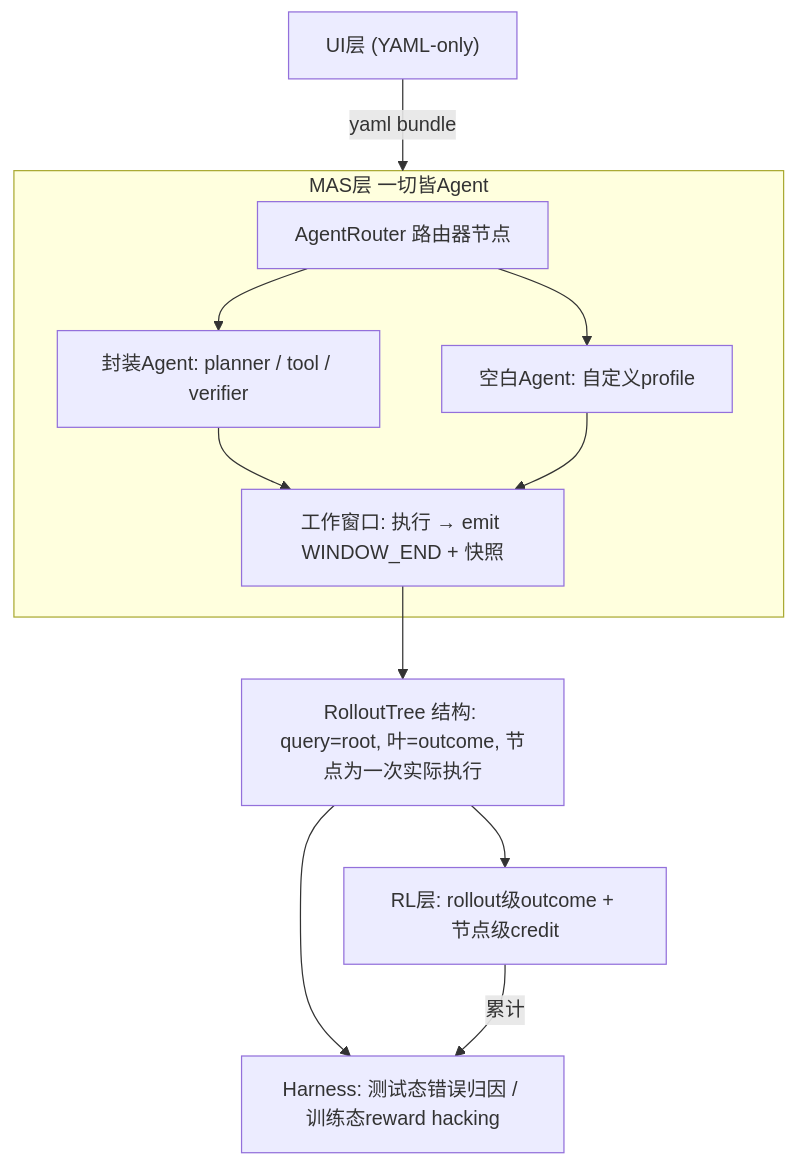
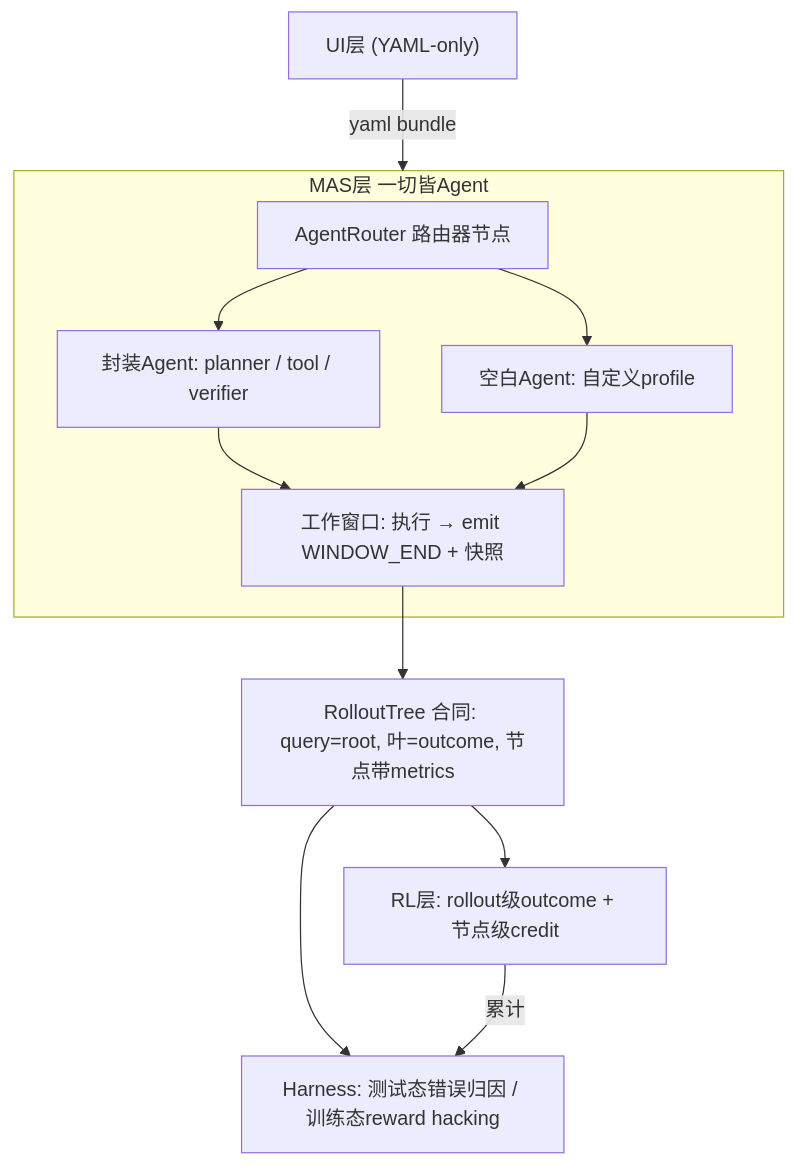
Before and after one commit to trustabl-kathrina/MAS_Science_Infra: the first of 2 diagrams in docs/New_framework_design.md, drawn with Mermaid. The commit also changed other lines of this file and 8 other files, not shown here.

````diff
--- a/docs/New_framework_design.md
+++ b/docs/New_framework_design.md
@@ -19,14 +19,14 @@
 ```mermaid
 flowchart TB
   UI["UI层 (YAML-only)"] -->|yaml bundle| MAS
   subgraph MAS ["MAS层 一切皆Agent"]
     RT["AgentRouter 路由器节点"] --> PA["封装Agent: planner / tool / verifier"]
     RT --> BA["空白Agent: 自定义profile"]
     PA --> WE
     BA --> WE["工作窗口: 执行 → emit WINDOW_END + 快照"]
   end
-  WE --> TREE["RolloutTree 结构: query=root, 叶=outcome, 节点为一次实际执行"]
+  WE --> TREE["RolloutTree 合同: query=root, 叶=outcome, 节点带metrics"]
   TREE --> RL["RL层: rollout级outcome + 节点级credit"]
   TREE --> HAR["Harness: 测试态错误归因 / 训练态reward hacking"]
   RL -->|"累计 <rollout, reward, loss>"| HAR
 ```
````
